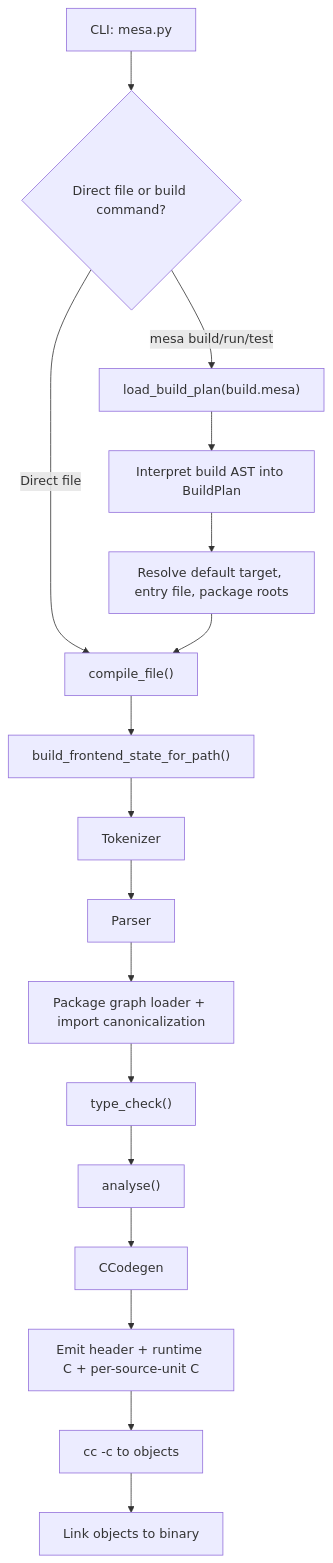
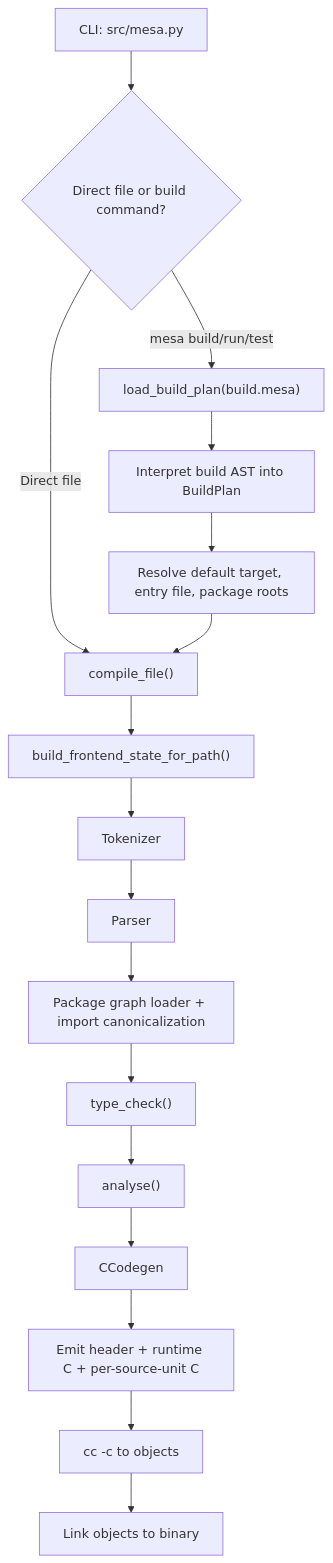
One commit to benca137/mesa-lang changed the first of 6 diagrams in design/compiler_pipeline_walkthrough.md. Above: the diagram before and after it, drawn with Mermaid. The commit also changed other lines of this file and 48 other files, not shown here.

````diff
--- a/design/compiler_pipeline_walkthrough.md
+++ b/design/compiler_pipeline_walkthrough.md
@@ -18,19 +18,19 @@
 ```mermaid
 flowchart TD
-    A["CLI: mesa.py"] --> B{"Direct file or build command?"}
+    A["CLI: src/mesa.py"] --> B{"Direct file or build command?"}
     B -->|Direct file| C["compile_file()"]
     B -->|mesa build/run/test| D["load_build_plan(build.mesa)"]
     D --> E["Interpret build AST into BuildPlan"]
     E --> F["Resolve default target, entry file, package roots"]
     F --> C
     C --> G["build_frontend_state_for_path()"]
     G --> H["Tokenizer"]
     H --> I["Parser"]
     I --> J["Package graph loader + import canonicalization"]
     J --> K["type_check()"]
     K --> L["analyse()"]
     L --> M["CCodegen"]
     M --> N["Emit header + runtime C + per-source-unit C"]
     N --> O["cc -c to objects"]
     O --> P["Link objects to binary"]
 ```
````
